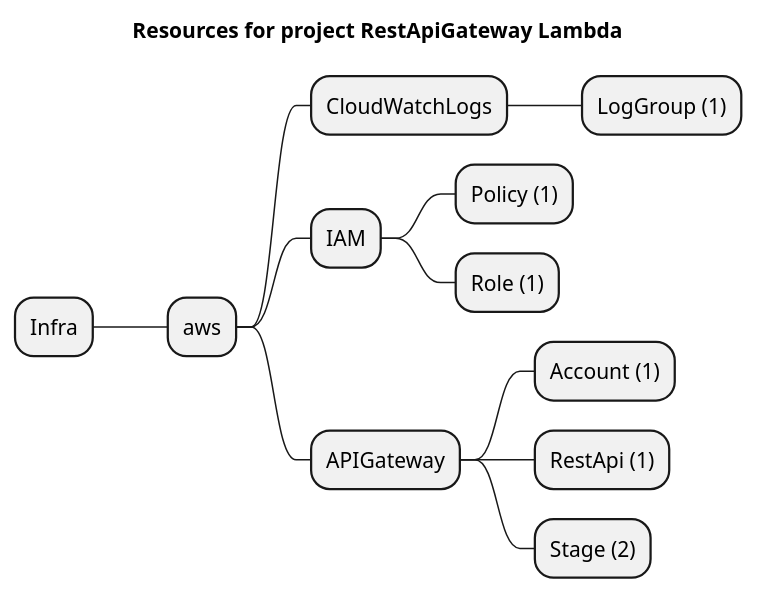
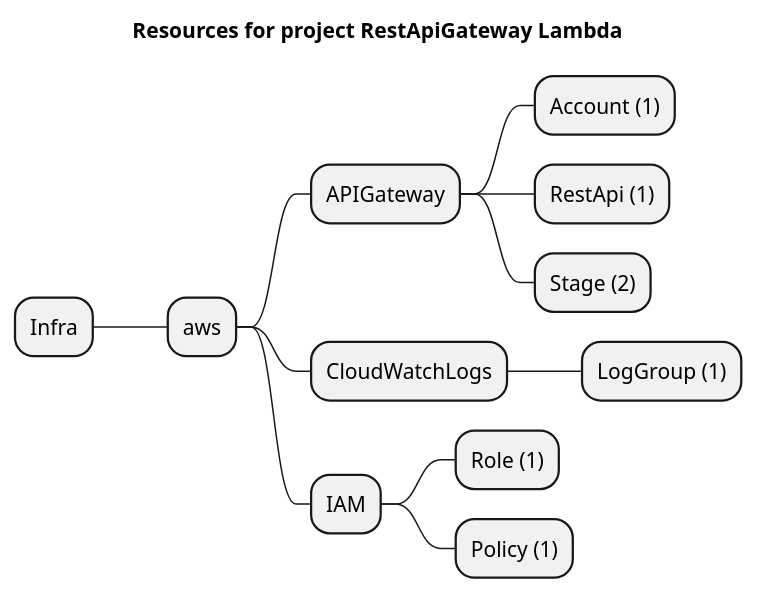
Before and after one commit to grucloud/grucloud: the diagram in examples/aws/api-gateway/restapi-lambda/artifacts/resources-mindmap.puml, drawn with PlantUML. The commit also changed other lines of this file and 229 other files, not shown here.

```diff
--- a/examples/aws/api-gateway/restapi-lambda/artifacts/resources-mindmap.puml
+++ b/examples/aws/api-gateway/restapi-lambda/artifacts/resources-mindmap.puml
@@ -1,15 +1,15 @@
 @startmindmap
 title Resources for project RestApiGateway Lambda
 skinparam monochrome true
 + Infra
 ++ aws
-+++ CloudWatchLogs
-++++ LogGroup (1)
-+++ IAM
-++++ Policy (1)
-++++ Role (1)
 +++ APIGateway
 ++++ Account (1)
 ++++ RestApi (1)
 ++++ Stage (2)
++++ CloudWatchLogs
+++++ LogGroup (1)
++++ IAM
+++++ Role (1)
+++++ Policy (1)
 @endmindmap
```
